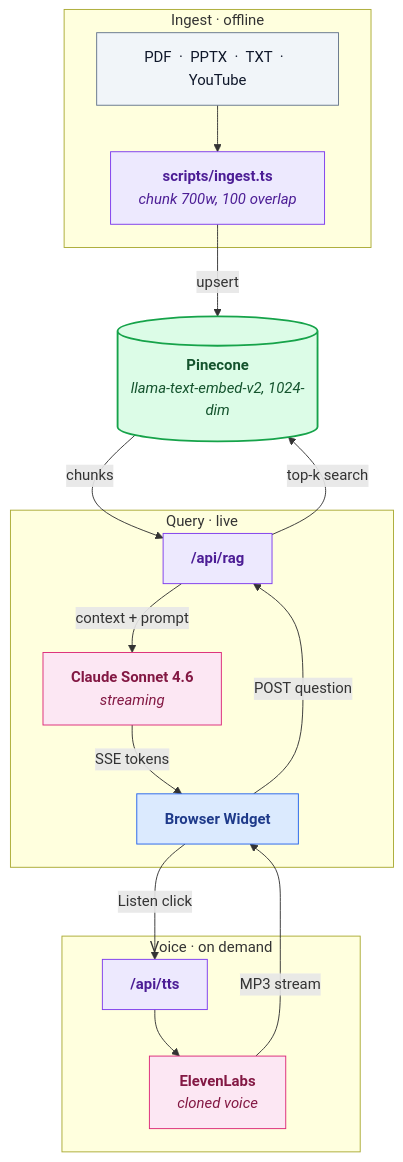
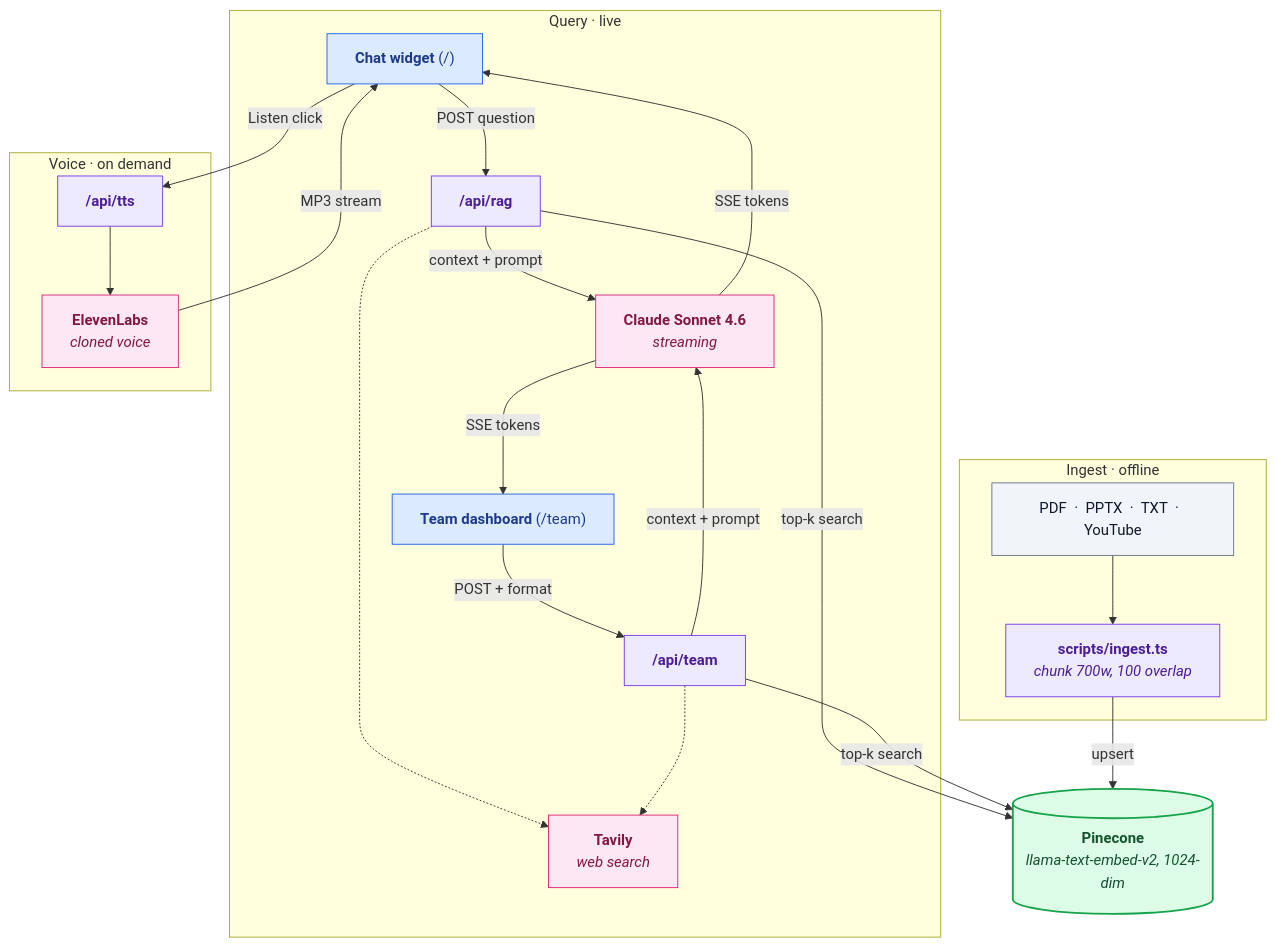
The diagram in README.md (MuizzJ/amit-kapoor-digital-twin), drawn with Mermaid before and after one commit. The commit also changed other lines of this file and 9 other files, not shown here.

````diff
--- a/README.md
+++ b/README.md
@@ -18,42 +22,50 @@
 ```mermaid
 flowchart TB
     subgraph ingest ["&nbsp;Ingest &middot; offline&nbsp;"]
         SRC["PDF &nbsp;&middot;&nbsp; PPTX &nbsp;&middot;&nbsp; TXT &nbsp;&middot;&nbsp; YouTube"]
         ING["<b>scripts/ingest.ts</b><br/><i>chunk 700w, 100 overlap</i>"]
         SRC --> ING
     end
 
     subgraph query ["&nbsp;Query &middot; live&nbsp;"]
-        W["<b>Browser Widget</b>"]
+        W["<b>Chat widget</b> (/)"]
+        T["<b>Team dashboard</b> (/team)"]
         RAG["<b>/api/rag</b>"]
+        TEAM["<b>/api/team</b>"]
         CLAUDE["<b>Claude Sonnet 4.6</b><br/><i>streaming</i>"]
+        TAV["<b>Tavily</b><br/><i>web search</i>"]
         W -- "POST question" --> RAG
+        T -- "POST + format" --> TEAM
         RAG -- "context + prompt" --> CLAUDE
+        TEAM -- "context + prompt" --> CLAUDE
+        RAG -.-> TAV
+        TEAM -.-> TAV
         CLAUDE -- "SSE tokens" --> W
+        CLAUDE -- "SSE tokens" --> T
     end
 
     subgraph voice ["&nbsp;Voice &middot; on demand&nbsp;"]
         TTS["<b>/api/tts</b>"]
         EL["<b>ElevenLabs</b><br/><i>cloned voice</i>"]
         W -- "Listen click" --> TTS
         TTS --> EL
         EL -- "MP3 stream" --> W
     end
 
     PC[("<b>Pinecone</b><br/><i>llama-text-embed-v2, 1024-dim</i>")]
     ING -- "upsert" --> PC
     RAG -- "top-k search" --> PC
-    PC -- "chunks" --> RAG
+    TEAM -- "top-k search" --> PC
 
     classDef store fill:#dcfce7,stroke:#16a34a,color:#14532d,stroke-width:2px
     classDef ai fill:#fce7f3,stroke:#db2777,color:#831843
     classDef client fill:#dbeafe,stroke:#2563eb,color:#1e3a8a
     classDef route fill:#ede9fe,stroke:#7c3aed,color:#4c1d95
     classDef source fill:#f1f5f9,stroke:#64748b,color:#0f172a
 
     class PC store
-    class CLAUDE,EL ai
-    class W client
-    class RAG,TTS,ING route
+    class CLAUDE,EL,TAV ai
+    class W,T client
+    class RAG,TEAM,TTS,ING route
     class SRC source
 ```
````
